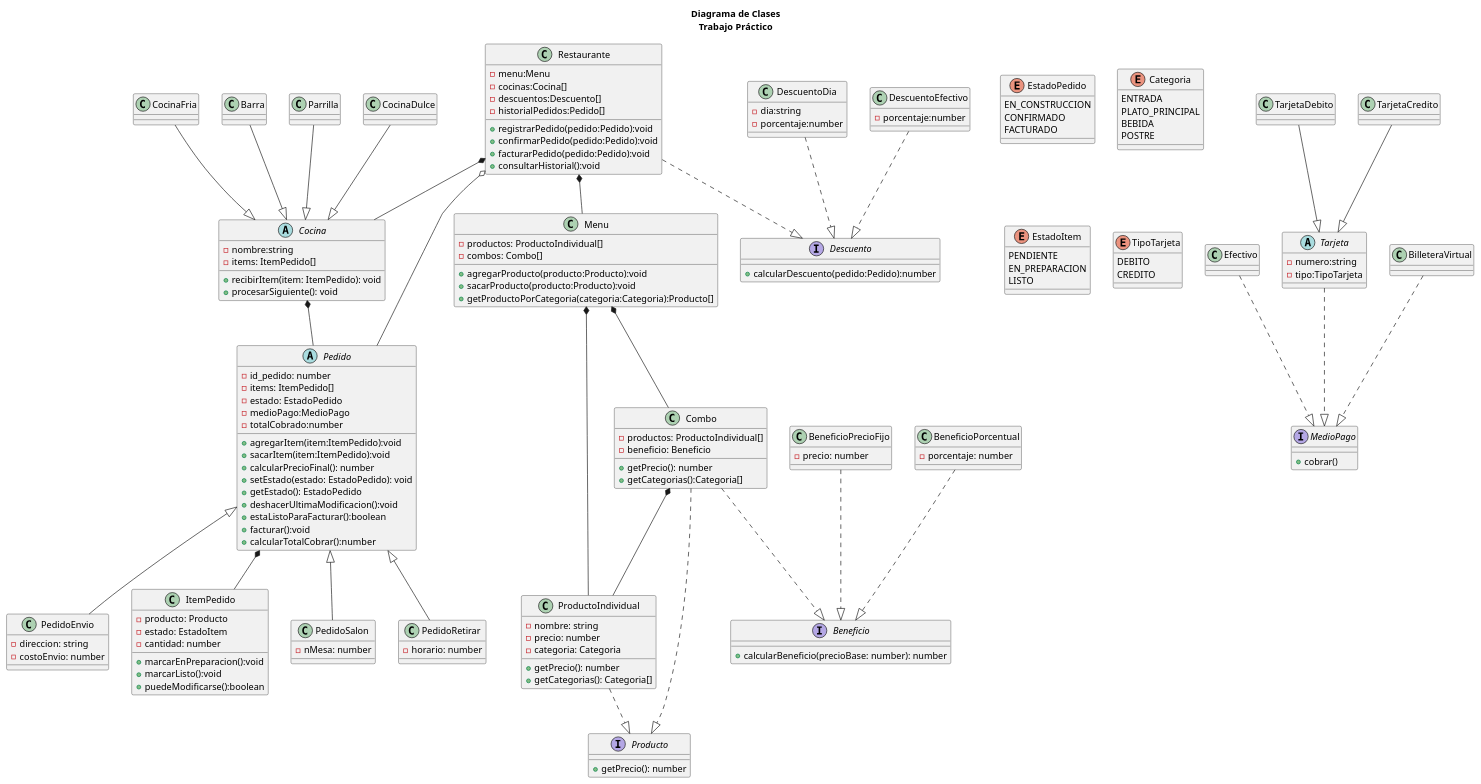
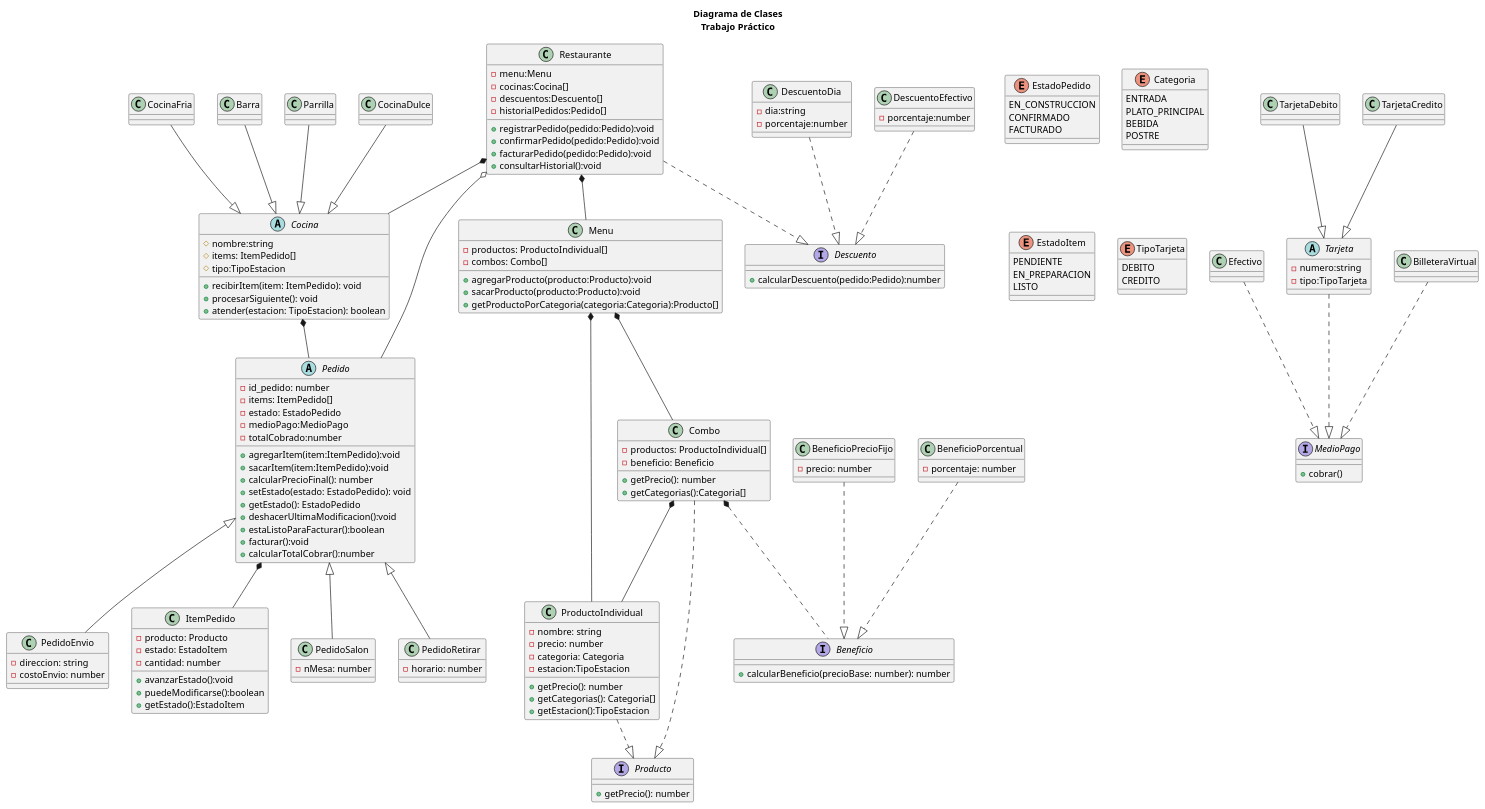
One commit to crstian8819/tp-grupo-11 changed the diagram in diagrama/diagrama.puml. Above: the diagram before and after it, drawn with PlantUML. The commit also changed 10 other files, not shown here.

```diff
--- a/diagrama/diagrama.puml
+++ b/diagrama/diagrama.puml
@@ -104,9 +104,11 @@
         -nombre: string
         -precio: number
         -categoria: Categoria
+        -estacion:TipoEstacion
 
         +getPrecio(): number
         +getCategorias(): Categoria[]
+        +getEstacion():TipoEstacion
     }
 
     class Combo  {
@@ -141,7 +143,7 @@
     BeneficioPorcentual ..|> Beneficio
     BeneficioPrecioFijo ..|> Beneficio
 
-    Combo ..|> Beneficio
+    Combo *.. Beneficio
 
 
     '------------------ ITEMS -----------------
@@ -152,9 +154,9 @@
         -cantidad: number
         
 
-        +marcarEnPreparacion():void
-        +marcarListo():void
+        +avanzarEstado():void
         +puedeModificarse():boolean
+        +getEstado():EstadoItem
     }
 
 
@@ -162,11 +164,13 @@
     '--------------------- COCINA ----------------------
 
     abstract class Cocina {
-        -nombre:string
-        -items: ItemPedido[]
+        #nombre:string
+        #items: ItemPedido[]
+        #tipo:TipoEstacion
 
         +recibirItem(item: ItemPedido): void
         +procesarSiguiente(): void
+        +atender(estacion: TipoEstacion): boolean
     }
 
     class Parrilla{}
```
